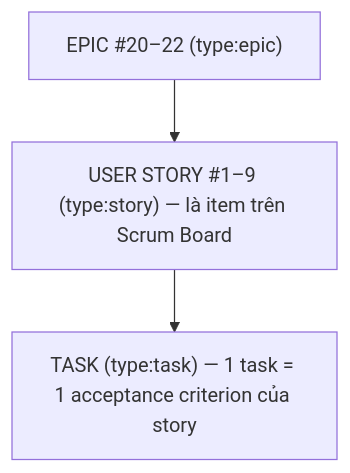
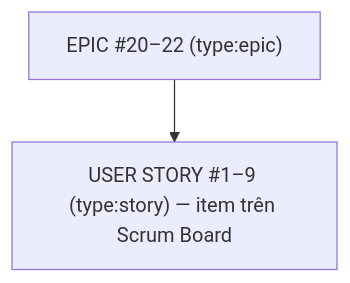
Before and after one commit to BTL-IT3180/gearloop: the diagram in doc/sprints/ROADMAP.md, drawn with Mermaid. The commit also changed other lines of this file, not shown here.

Commit message:
docs: work item 2 tầng — story là nơi tổng hợp (xoá 35 issue rác: 10 smoke + 25 task trùng AC)

````diff
--- a/doc/sprints/ROADMAP.md
+++ b/doc/sprints/ROADMAP.md
@@ -74,5 +74,4 @@
 ```mermaid
 graph TD
-  E["EPIC #20–22 (type:epic)"] --> S1["USER STORY #1–9 (type:story) — là item trên Scrum Board"]
-  S1 --> T["TASK (type:task) — 1 task = 1 acceptance criterion của story"]
+  E["EPIC #20–22 (type:epic)"] --> S1["USER STORY #1–9 (type:story) — item trên Scrum Board"]
 ```
````
